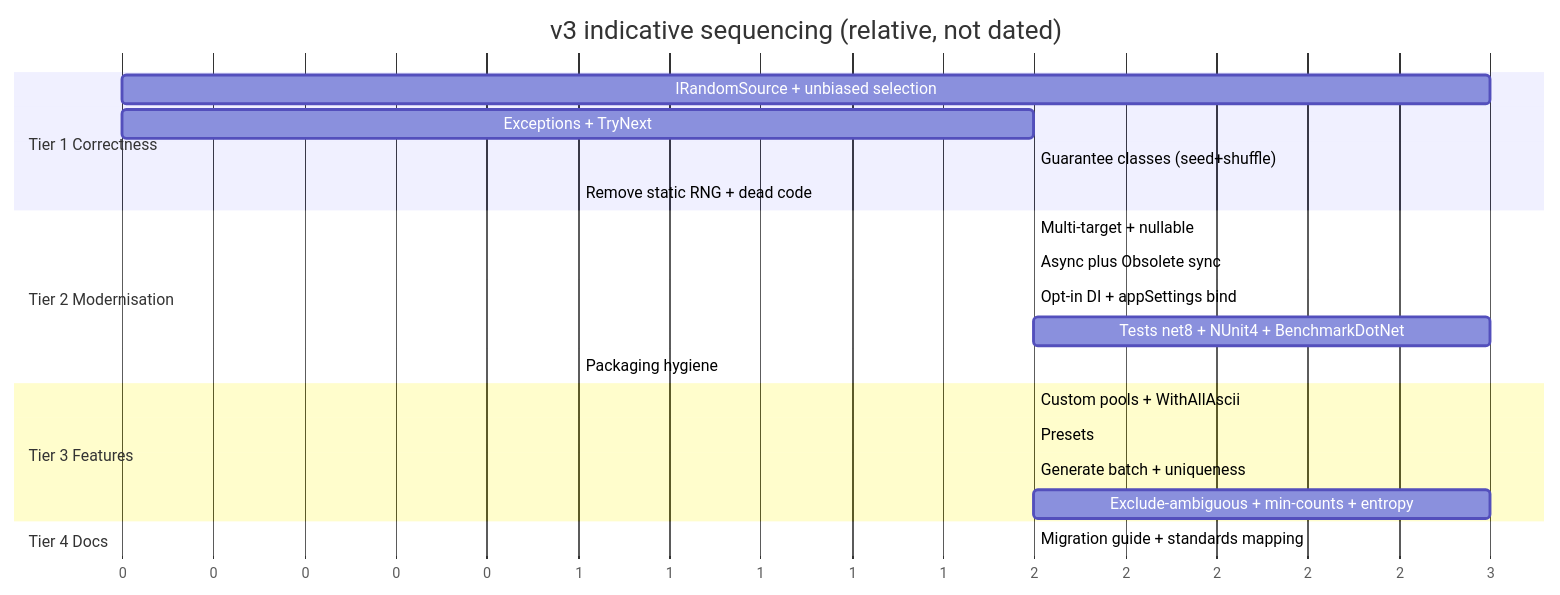
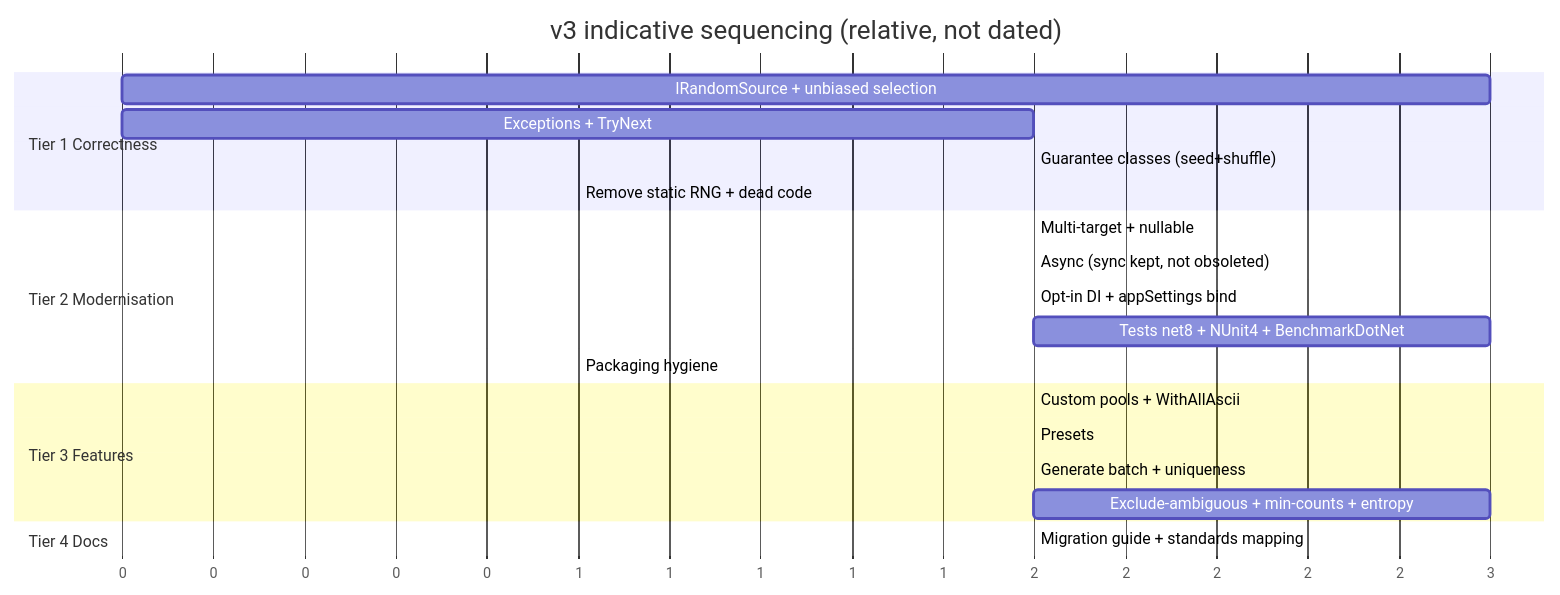
The second of 4 diagrams in docs/v3-target/roadmap.md (prjseal/PasswordGenerator), drawn with Mermaid before and after one commit. The commit also changed other lines of this file and 7 other files, not shown here.

````diff
--- a/docs/v3-target/roadmap.md
+++ b/docs/v3-target/roadmap.md
@@ -27,24 +27,24 @@
 ```mermaid
 gantt
     title v3 indicative sequencing (relative, not dated)
     dateFormat  X
     axisFormat  %s
     section Tier 1 Correctness
     IRandomSource + unbiased selection      :t1a, 0, 3
     Exceptions + TryNext                     :t1b, 0, 2
     Guarantee classes (seed+shuffle)         :t1c, after t1a, 2
     Remove static RNG + dead code            :t1d, after t1a, 1
     section Tier 2 Modernisation
     Multi-target + nullable                  :t2a, after t1c, 2
-    Async plus Obsolete sync                 :t2b, after t2a, 2
+    Async (sync kept, not obsoleted)         :t2b, after t2a, 2
     Opt-in DI + appSettings bind             :t2c, after t2a, 2
     Tests net8 + NUnit4 + BenchmarkDotNet    :t2d, after t1c, 3
     Packaging hygiene                        :t2e, after t2a, 1
     section Tier 3 Features
     Custom pools + WithAllAscii              :t3a, after t2c, 2
     Presets                                  :t3b, after t3a, 2
     Generate batch + uniqueness              :t3c, after t2b, 2
     Exclude-ambiguous + min-counts + entropy :t3d, after t3a, 3
     section Tier 4 Docs
     Migration guide + standards mapping      :t4a, after t3b, 2
 ```
````
